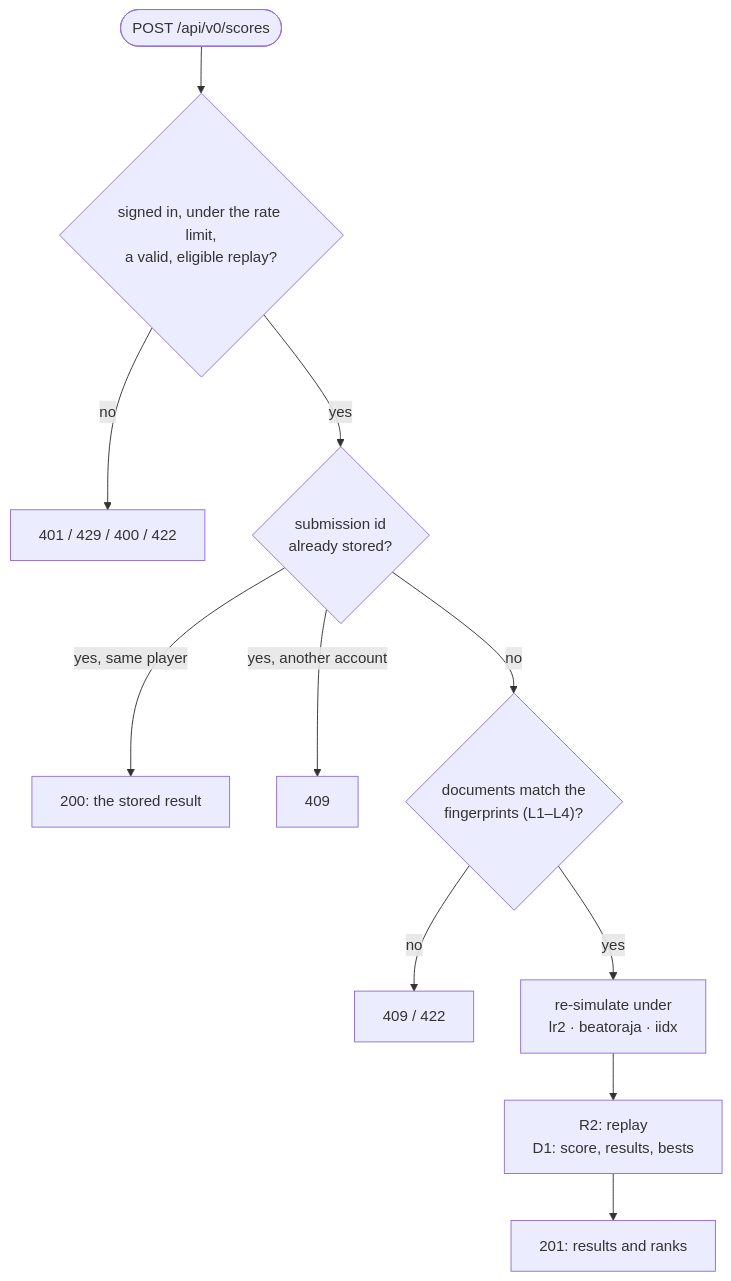
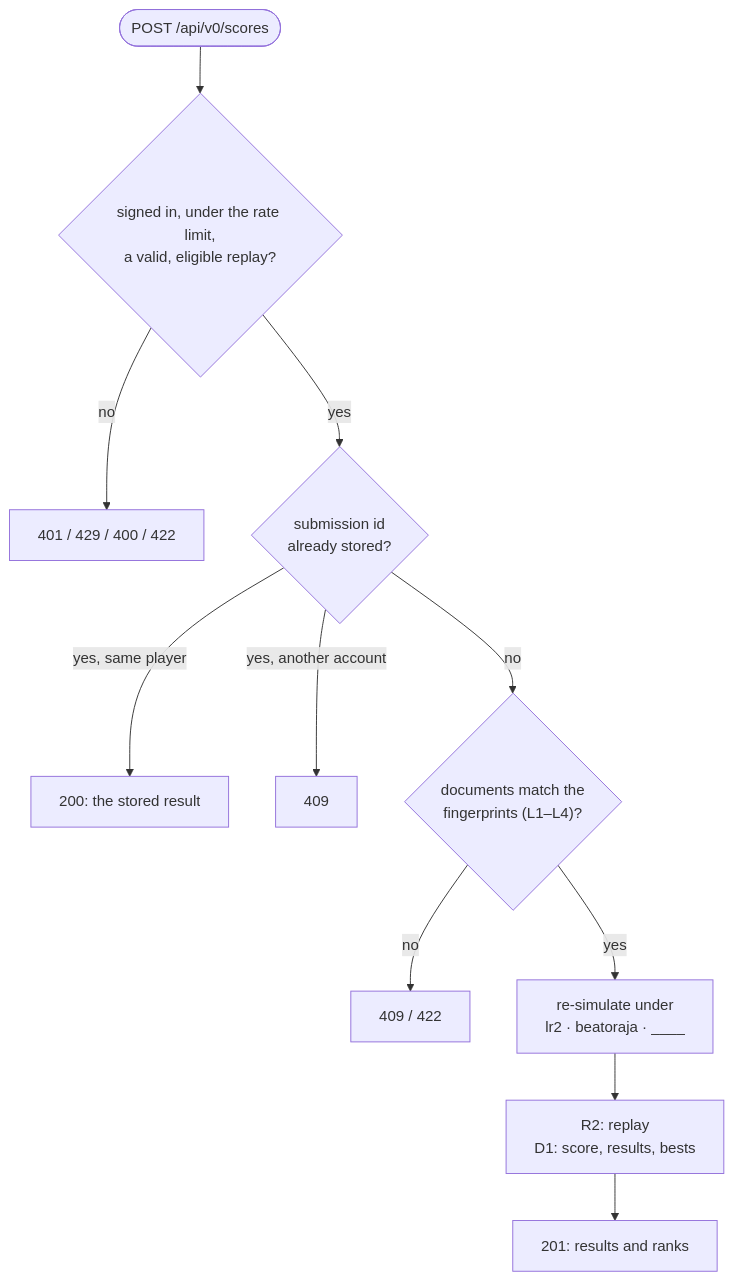
One commit to nulltask/be-music changed the first of 2 diagrams in packages/app-leaderboard/README.md. Above: the diagram before and after it, drawn with Mermaid. The commit also changed other lines of this file and 45 other files, not shown here.

````diff
--- a/packages/app-leaderboard/README.md
+++ b/packages/app-leaderboard/README.md
@@ -32,13 +32,13 @@
 ```mermaid
 flowchart TD
   post(["POST /api/v0/scores"]) --> gate{"signed in, under the rate limit,<br/>a valid, eligible replay?"}
   gate -->|no| e4xx["401 / 429 / 400 / 422"]
   gate -->|yes| dup{"submission id<br/>already stored?"}
   dup -->|"yes, same player"| r200["200: the stored result"]
   dup -->|"yes, another account"| e409["409"]
   dup -->|no| docs{"documents match the<br/>fingerprints (L1–L4)?"}
   docs -->|no| reject["409 / 422"]
-  docs -->|yes| sim["re-simulate under<br/>lr2 · beatoraja · iidx"]
+  docs -->|yes| sim["re-simulate under<br/>lr2 · beatoraja · ____"]
   sim --> store["R2: replay<br/>D1: score, results, bests"]
   store --> r201["201: results and ranks"]
 ```
````
